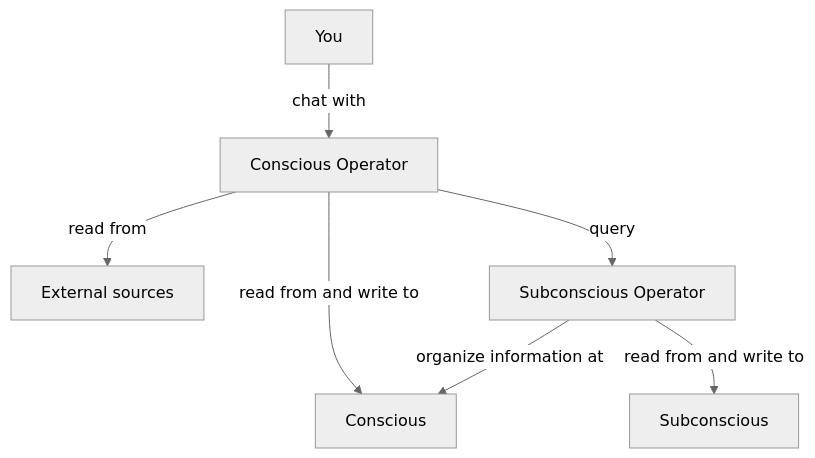
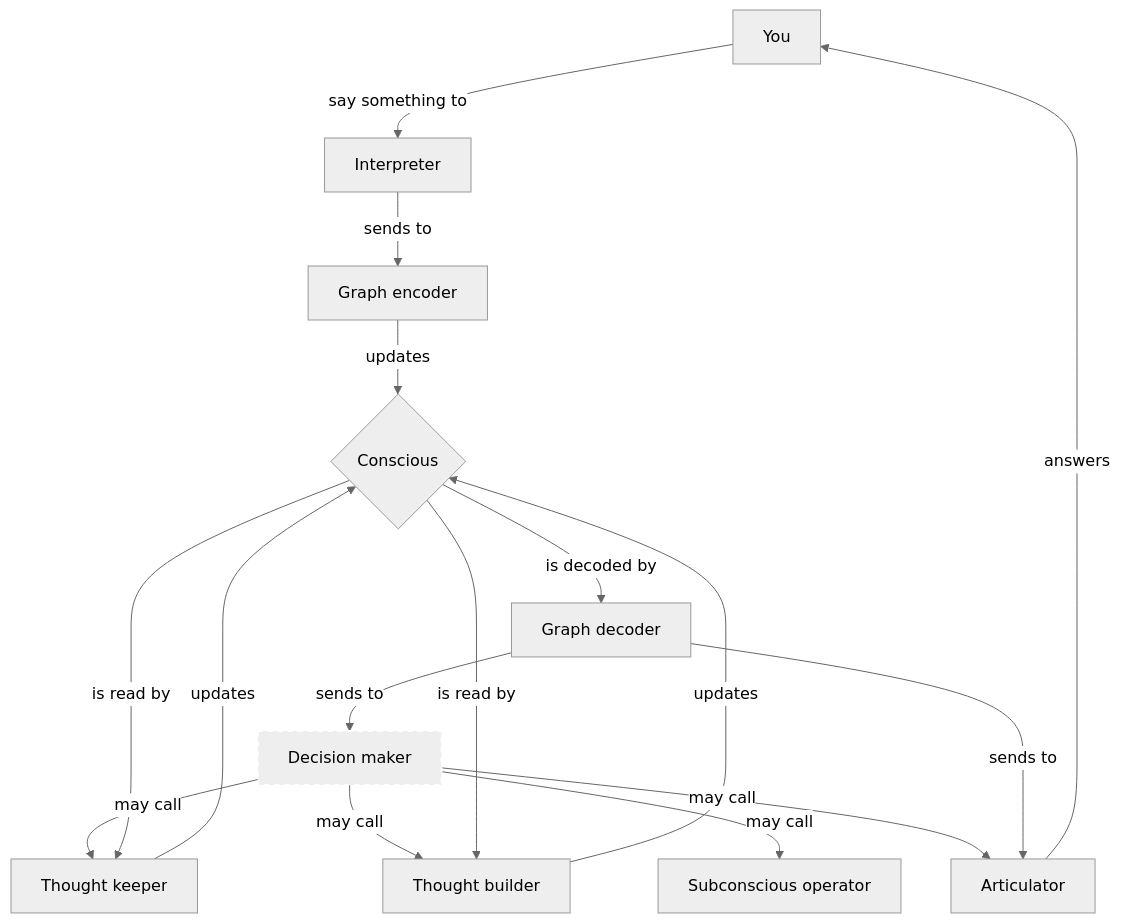
Before and after one commit to cl3t0/mentatus: the third of 3 diagrams in README.md, drawn with Mermaid (neutral theme). The commit also changed other lines of this file, not shown here.

Commit message:
feat: add concious spec

````diff
--- a/README.md
+++ b/README.md
@@ -47,9 +59,21 @@
 ```mermaid
 graph
-    You -->|chat with| Conscious_Operator[Conscious Operator]
-    Conscious_Operator -->|read from and write to| Conscious[Conscious]
-    Conscious_Operator -->|read from| External_sources[External sources]
-    Conscious_Operator -->|query| Subconscious_Operator[Subconscious Operator]
-    Subconscious_Operator -->|read from and write to| Subconscious
-    Subconscious_Operator -->|organize information at| Conscious
+    You -->|say something to| Interpreter
+    Interpreter -->|sends to| Graph_encoder[Graph encoder]
+    Graph_encoder -->|updates| Conscious{Conscious}
+    Conscious -->|is decoded by| Graph_decoder[Graph decoder]
+    Graph_decoder -->|sends to| Decision_maker[Decision maker]
+    Decision_maker -->|may call| Thought_keeper[Thought keeper]
+    Conscious -->|is read by| Thought_keeper
+    Thought_keeper -->|updates| Conscious
+    Decision_maker -->|may call| Thought_builder[Thought builder]
+    Conscious -->|is read by| Thought_builder
+    Thought_builder -->|updates| Conscious
+    Decision_maker -->|may call| Subconscious_operator[Subconscious operator]
+    Decision_maker -->|may call| Articulator
+    Graph_decoder -->|sends to| Articulator
+    Articulator -->|answers| You
+
+    classDef decision stroke:#fff,stroke-width:2px,stroke-dasharray: 5,5;
+    class Decision_maker decision;
 ```
````
